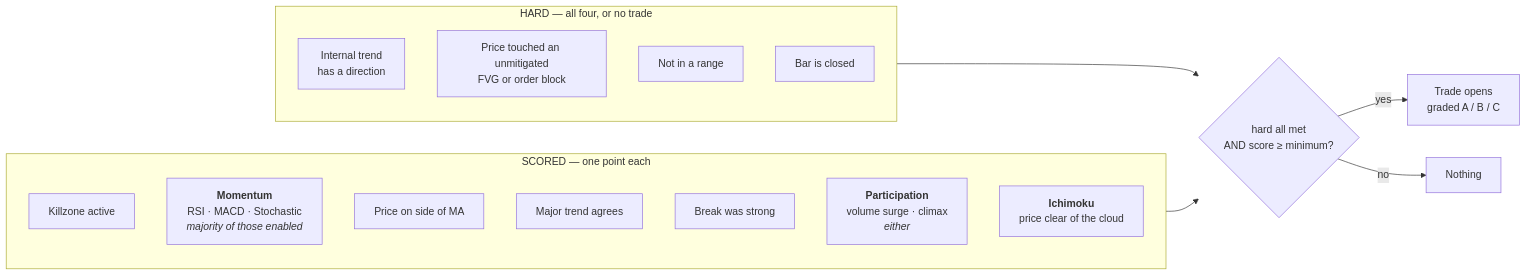
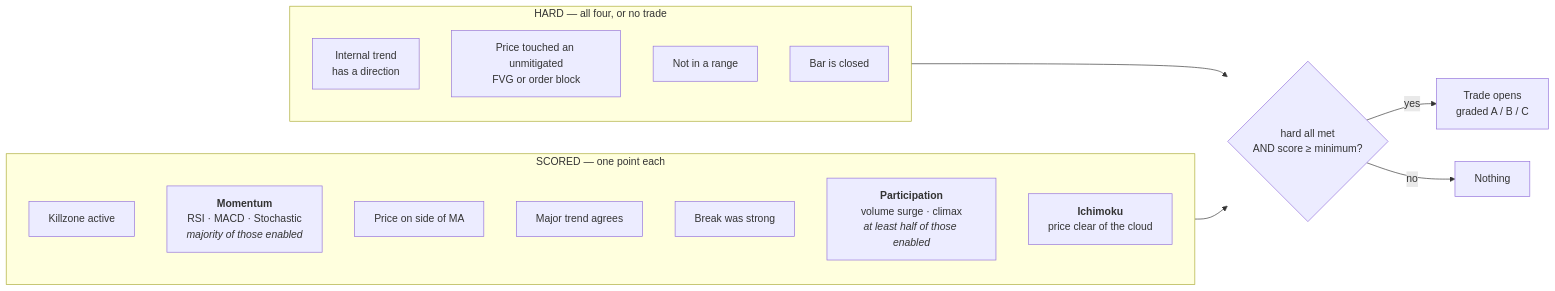
One commit to IbrahimKeshta/TradingViewIndicator changed the third of 3 diagrams in README.md. Above: the diagram before and after it, drawn with Mermaid. The commit also changed other lines of this file and 2 other files, not shown here.

````diff
--- a/README.md
+++ b/README.md
@@ -138,22 +138,22 @@
 ```mermaid
 flowchart LR
     subgraph H["HARD — all four, or no trade"]
         H1["Internal trend<br/>has a direction"]
         H2["Price touched an unmitigated<br/>FVG or order block"]
         H3["Not in a range"]
         H4["Bar is closed"]
     end
     subgraph S["SCORED — one point each"]
         S1["Killzone active"]
         S2["<b>Momentum</b><br/>RSI · MACD · Stochastic<br/><i>majority of those enabled</i>"]
         S3["Price on side of MA"]
         S4["Major trend agrees"]
         S5["Break was strong"]
-        S6["<b>Participation</b><br/>volume surge · climax<br/><i>either</i>"]
+        S6["<b>Participation</b><br/>volume surge · climax<br/><i>at least half of those enabled</i>"]
         S7["<b>Ichimoku</b><br/>price clear of the cloud"]
     end
     H --> G{"hard all met<br/>AND score &ge; minimum?"}
     S --> G
     G -->|yes| T["Trade opens<br/>graded A / B / C"]
     G -->|no| N["Nothing"]
 ```
````
